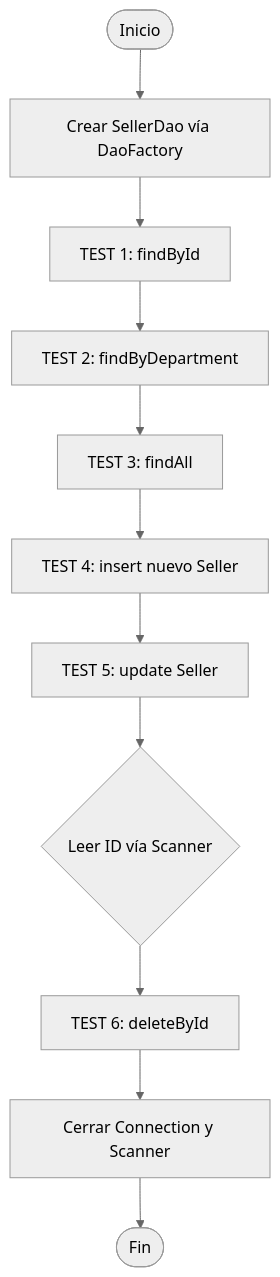
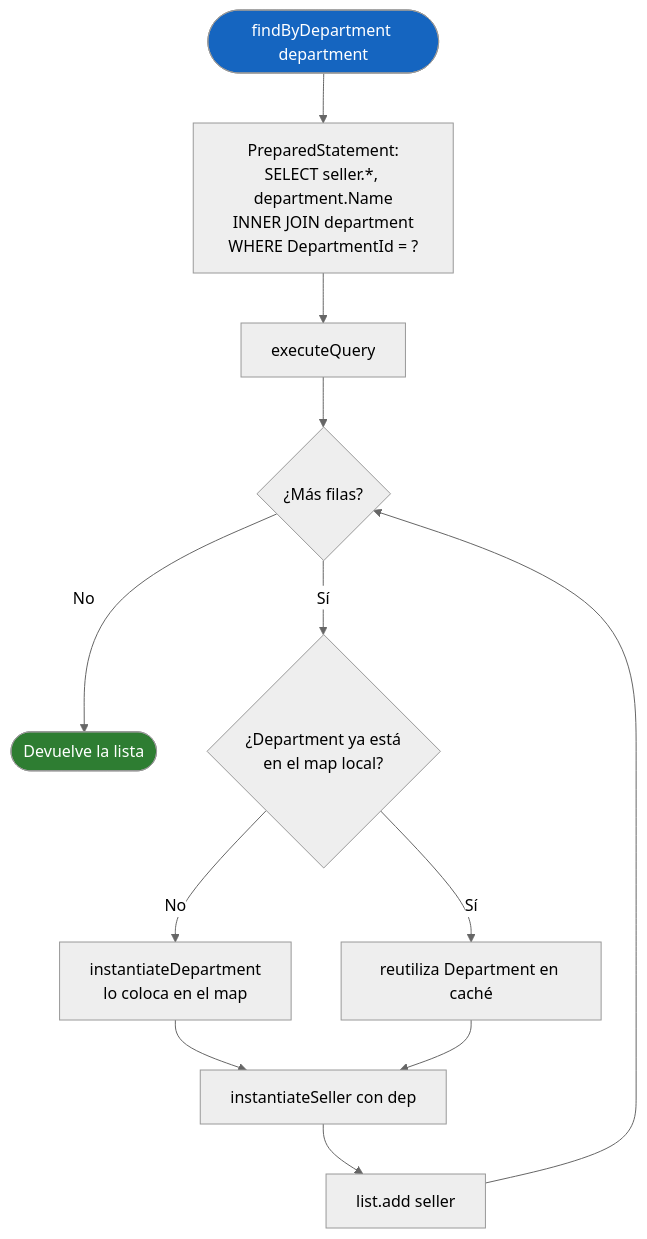
One commit to VictorHJesusSantiago/demo_dao_jdbc changed the fifth of 6 diagrams in README_ES.md. Above: the diagram before and after it, drawn with Mermaid (neutral theme). The commit also changed other lines of this file and 3 other files, not shown here.

````diff
--- a/README_ES.md
+++ b/README_ES.md
@@ -652,13 +565,17 @@
 ```mermaid
 flowchart TD
-    A([Inicio]) --> B[Crear SellerDao vía DaoFactory]
-    B --> C[TEST 1: findById]
-    C --> D[TEST 2: findByDepartment]
-    D --> E[TEST 3: findAll]
-    E --> F[TEST 4: insert nuevo Seller]
-    F --> G[TEST 5: update Seller]
-    G --> H{Leer ID vía Scanner}
-    H --> I[TEST 6: deleteById]
-    I --> J[Cerrar Connection y Scanner]
-    J --> K([Fin])
+    A([findByDepartment department]) --> B[PreparedStatement:<br/>SELECT seller.*, department.Name<br/>INNER JOIN department<br/>WHERE DepartmentId = ?]
+    B --> C[executeQuery]
+    C --> D{¿Más filas?}
+    D -- No --> E([Devuelve la lista])
+    D -- Sí --> F{¿Department ya está<br/>en el map local?}
+    F -- No --> G[instantiateDepartment<br/>lo coloca en el map]
+    F -- Sí --> H[reutiliza Department en caché]
+    G --> I
+    H --> I[instantiateSeller con dep]
+    I --> J[list.add seller]
+    J --> D
+
+    style A fill:#1565C0,color:#fff
+    style E fill:#2E7D32,color:#fff
 ```
````
